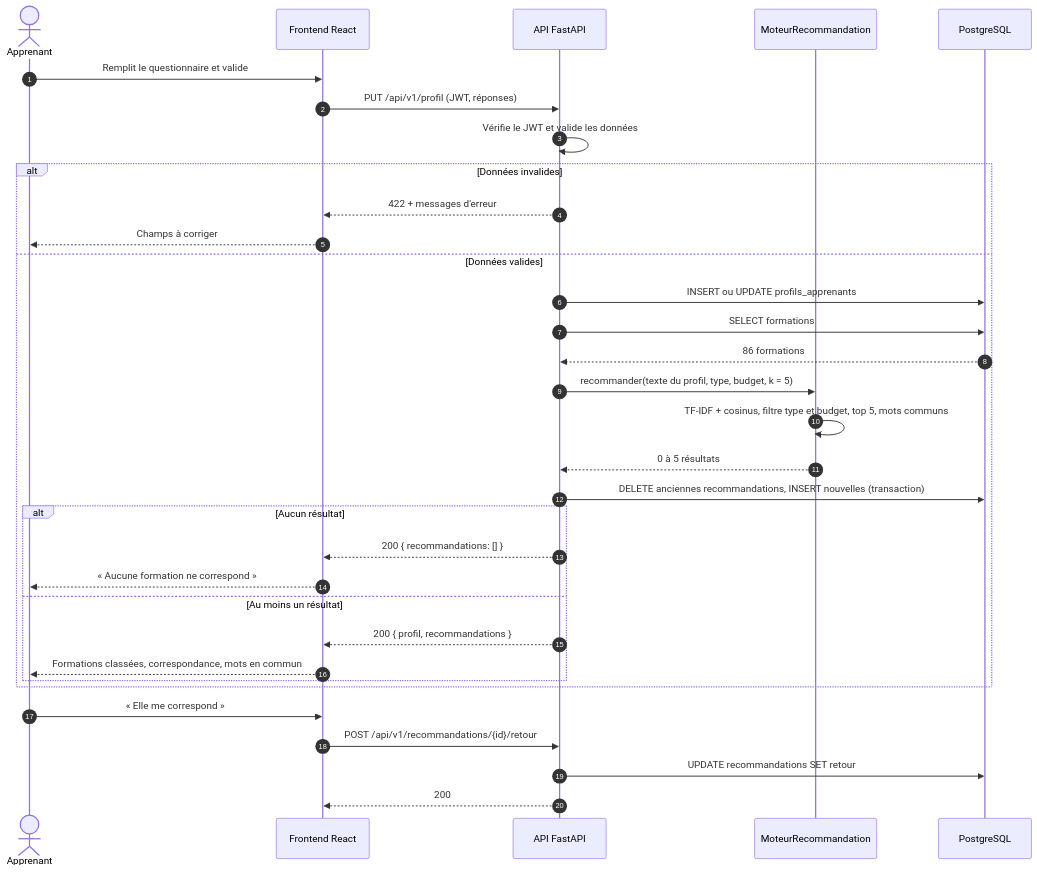
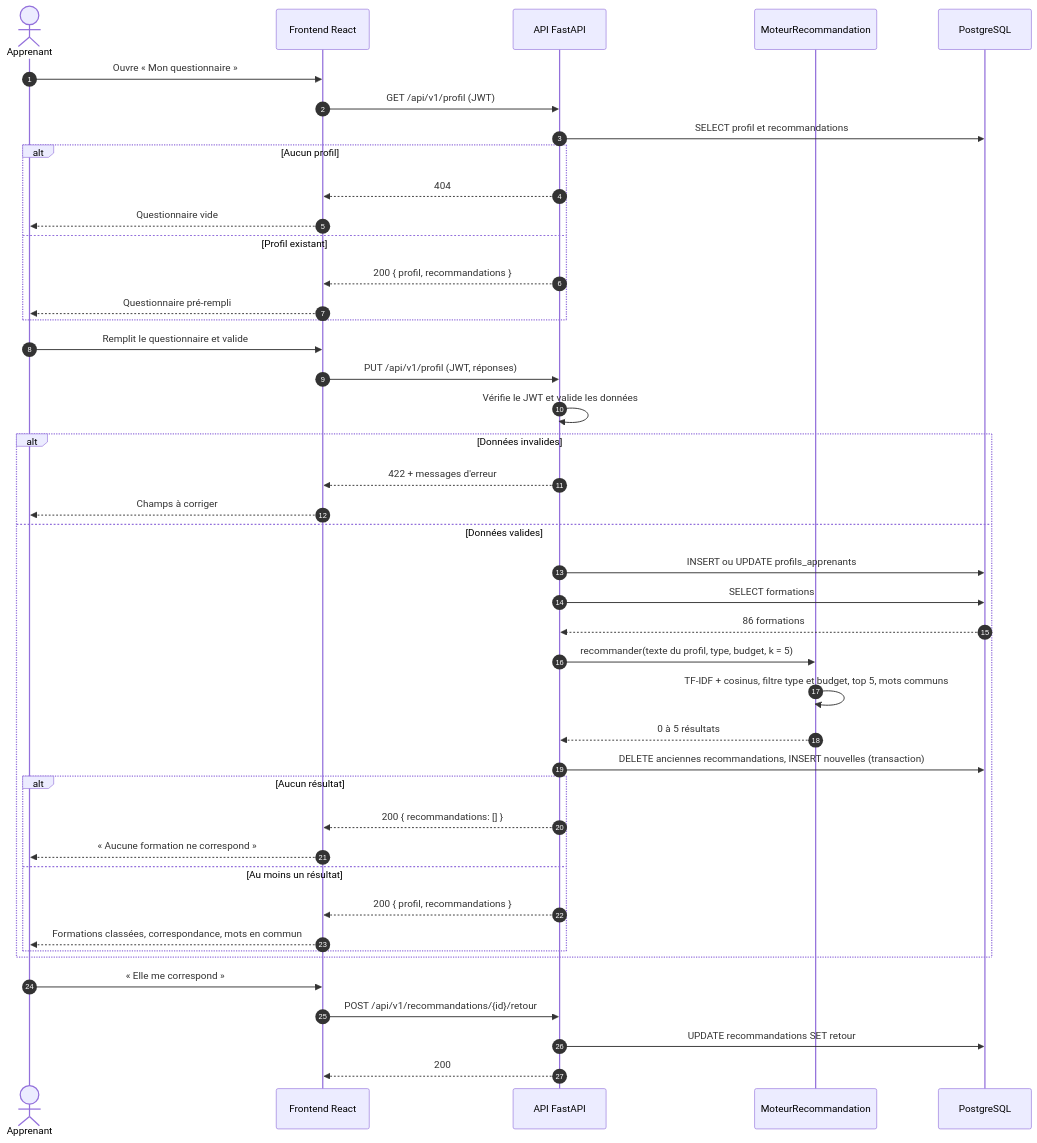
The third of 8 diagrams in docs/uml.md (martial-300/plateforme-formations-hitt), drawn with Mermaid before and after one commit. The commit also changed 14 other files, not shown here.

First line of the commit message:
feat(profil): lecture du profil enregistré par GET /profil (RF-07)

````diff
--- a/docs/uml.md
+++ b/docs/uml.md
@@ -175,36 +175,46 @@
 ```mermaid
 sequenceDiagram
     autonumber
     actor A as Apprenant
     participant UI as Frontend React
     participant API as API FastAPI
     participant M as MoteurRecommandation
     participant DB as PostgreSQL
 
+    A->>UI: Ouvre « Mon questionnaire »
+    UI->>API: GET /api/v1/profil (JWT)
+    API->>DB: SELECT profil et recommandations
+    alt Aucun profil
+        API-->>UI: 404
+        UI-->>A: Questionnaire vide
+    else Profil existant
+        API-->>UI: 200 { profil, recommandations }
+        UI-->>A: Questionnaire pré-rempli
+    end
     A->>UI: Remplit le questionnaire et valide
     UI->>API: PUT /api/v1/profil (JWT, réponses)
     API->>API: Vérifie le JWT et valide les données
     alt Données invalides
         API-->>UI: 422 + messages d'erreur
         UI-->>A: Champs à corriger
     else Données valides
         API->>DB: INSERT ou UPDATE profils_apprenants
         API->>DB: SELECT formations
         DB-->>API: 86 formations
         API->>M: recommander(texte du profil, type, budget, k = 5)
         M->>M: TF-IDF + cosinus, filtre type et budget, top 5, mots communs
         M-->>API: 0 à 5 résultats
         API->>DB: DELETE anciennes recommandations, INSERT nouvelles (transaction)
         alt Aucun résultat
             API-->>UI: 200 { recommandations: [] }
             UI-->>A: « Aucune formation ne correspond »
         else Au moins un résultat
             API-->>UI: 200 { profil, recommandations }
             UI-->>A: Formations classées, correspondance, mots en commun
         end
     end
     A->>UI: « Elle me correspond »
     UI->>API: POST /api/v1/recommandations/{id}/retour
     API->>DB: UPDATE recommandations SET retour
     API-->>UI: 200
 ```
````
